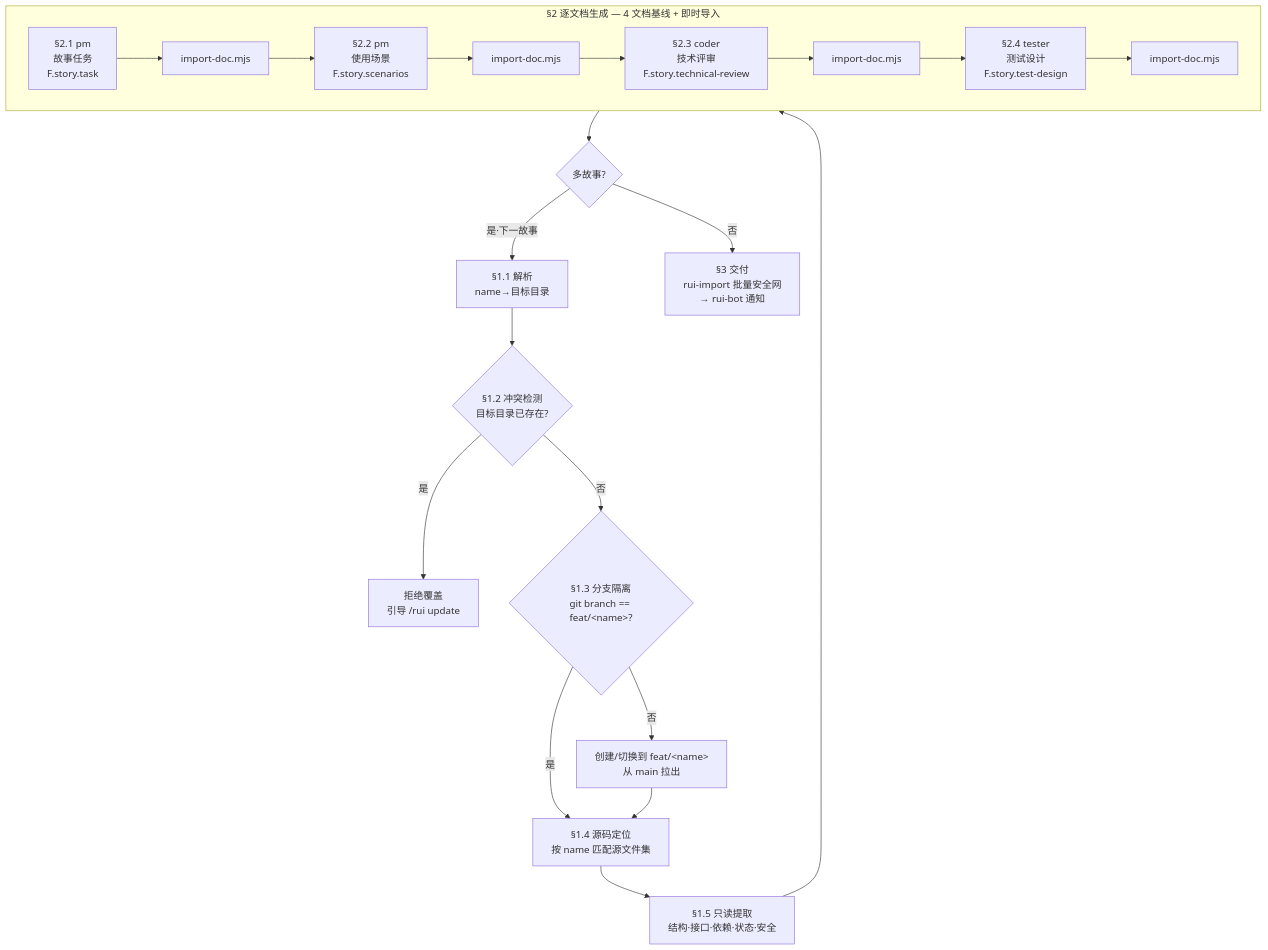
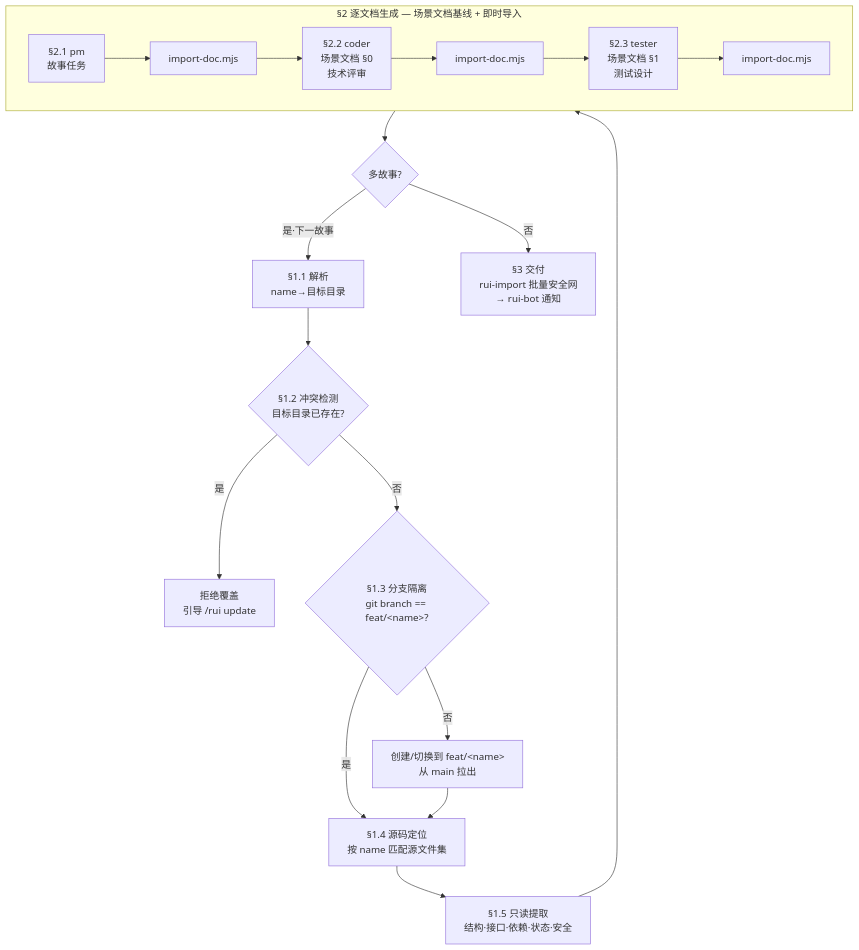
Diagram 14 of 14 in skills/rui/SKILL.md (effiy/YrY), drawn with Mermaid before and after one commit. The commit also changed other lines of this file and 28 other files, not shown here.

````diff
--- a/skills/rui/SKILL.md
+++ b/skills/rui/SKILL.md
@@ -777,23 +764,22 @@
 ```mermaid
 flowchart TD
     PARSE["§1.1 解析<br/>name→目标目录"]:::s --> CONFLICT{"§1.2 冲突检测<br/>目标目录已存在?"}:::gate
     CONFLICT -->|"是"| REJECT["拒绝覆盖<br/>引导 /rui update"]:::bad
     CONFLICT -->|"否"| BRANCH{"§1.3 分支隔离<br/>git branch == feat/&lt;name&gt;?"}:::gate
     BRANCH -->|"否"| SWITCH["创建/切换到 feat/&lt;name&gt;<br/>从 main 拉出"]:::block
     BRANCH -->|"是"| SCAN["§1.4 源码定位<br/>按 name 匹配源文件集"]:::s
     SWITCH --> SCAN
     SCAN --> EXTRACT["§1.5 只读提取<br/>结构·接口·依赖·状态·安全"]:::s
 
-    subgraph GENSUB["§2 逐文档生成 — 4 文档基线 + 即时导入"]
+    subgraph GENSUB["§2 逐文档生成 — 场景文档基线 + 即时导入"]
         direction LR
-        D1["§2.1 pm<br/>故事任务<br/>F.story.task"]:::agent --> IMP1["import-doc.mjs"]:::tool
-        IMP1 --> D2["§2.2 pm<br/>使用场景<br/>F.story.scenarios"]:::agent --> IMP2["import-doc.mjs"]:::tool
-        IMP2 --> D3["§2.3 coder<br/>技术评审<br/>F.story.technical-review"]:::agent --> IMP3["import-doc.mjs"]:::tool
-        IMP3 --> D4["§2.4 tester<br/>测试设计<br/>F.story.test-design"]:::agent --> IMP4["import-doc.mjs"]:::tool
+        D1["§2.1 pm<br/>故事任务"]:::agent --> IMP1["import-doc.mjs"]:::tool
+        IMP1 --> D3["§2.2 coder<br/>场景文档 §0<br/>技术评审"]:::agent --> IMP2["import-doc.mjs"]:::tool
+        IMP2 --> D4["§2.3 tester<br/>场景文档 §1<br/>测试设计"]:::agent --> IMP3["import-doc.mjs"]:::tool
     end
 
     EXTRACT --> D1
-    IMP4 --> LOOP{"多故事?"}
+    IMP3 --> LOOP{"多故事?"}
     LOOP -->|"是·下一故事"| PARSE
     LOOP -->|"否"| DELIVER["§3 交付<br/>rui-import 批量安全网<br/>→ rui-bot 通知"]:::s
 ```
````
